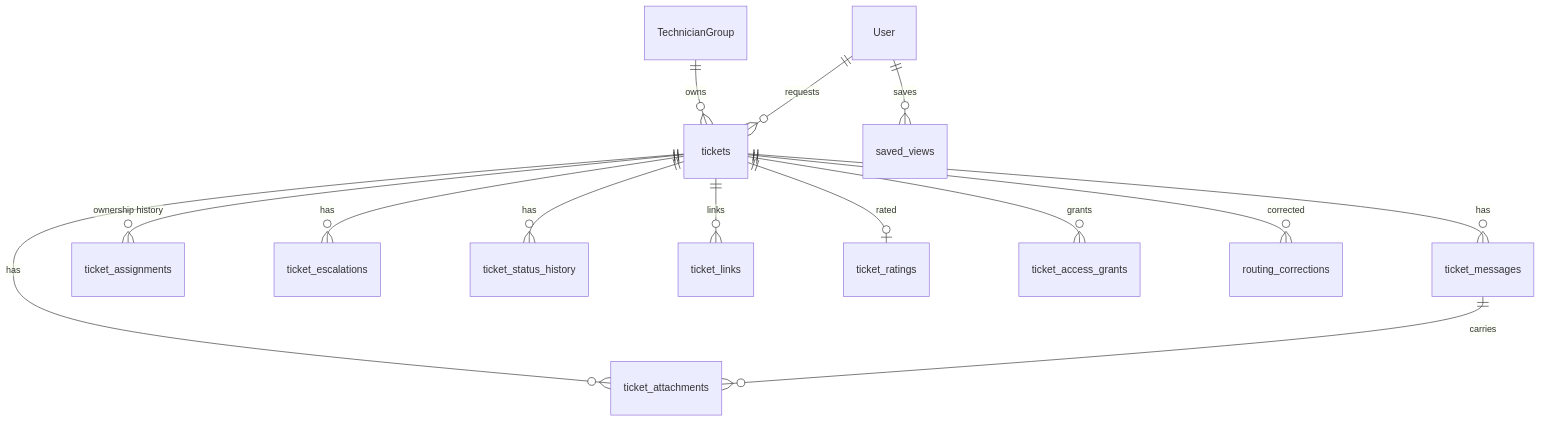
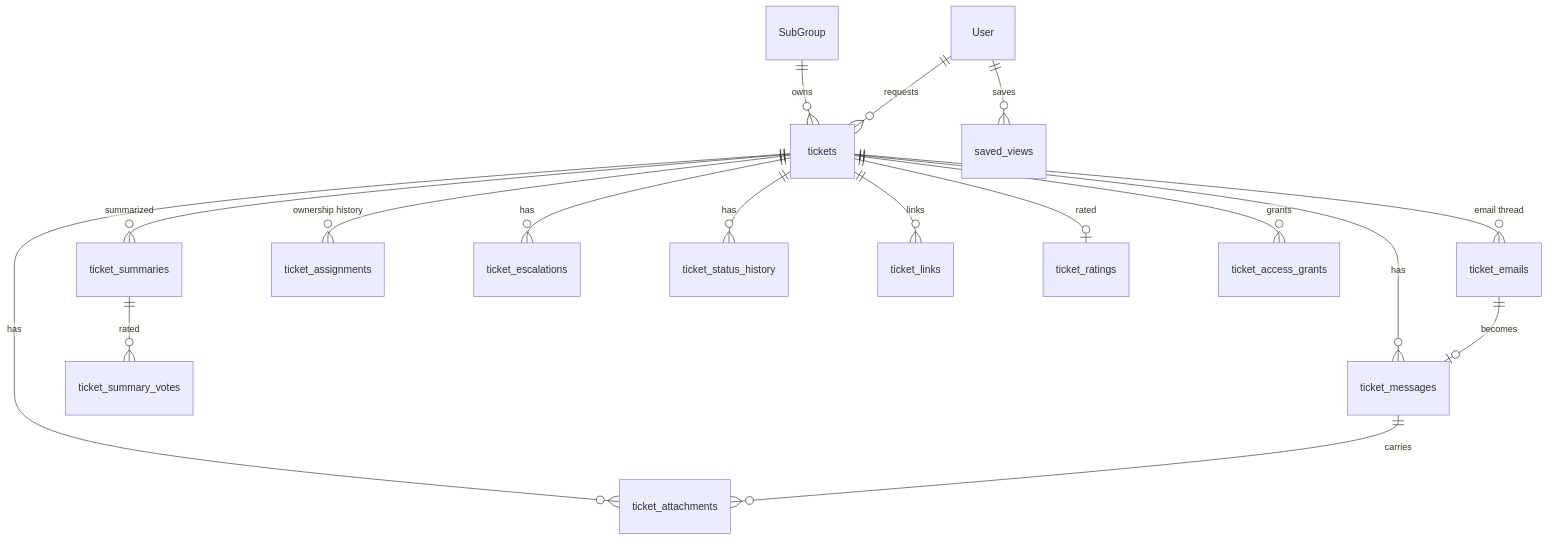
One commit to Akaza-ban/Fable changed the diagram in docs/f03-ticket-management/information-architecture/05-data-and-api.md. Above: the diagram before and after it, drawn with Mermaid. The commit also changed other lines of this file and 9 other files, not shown here.

Commit message:
docs: align with mindmap

````diff
--- a/docs/f03-ticket-management/information-architecture/05-data-and-api.md
+++ b/docs/f03-ticket-management/information-architecture/05-data-and-api.md
@@ -26,16 +30,19 @@
 ```mermaid
 erDiagram
     tickets ||--o{ ticket_messages : has
+    tickets ||--o{ ticket_emails : "email thread"
+    ticket_emails ||--o| ticket_messages : becomes
     tickets ||--o{ ticket_attachments : has
     ticket_messages ||--o{ ticket_attachments : carries
+    tickets ||--o{ ticket_summaries : summarized
+    ticket_summaries ||--o{ ticket_summary_votes : rated
     tickets ||--o{ ticket_assignments : "ownership history"
     tickets ||--o{ ticket_escalations : has
     tickets ||--o{ ticket_status_history : has
     tickets ||--o{ ticket_links : links
     tickets ||--o| ticket_ratings : rated
     tickets ||--o{ ticket_access_grants : grants
-    tickets ||--o{ routing_corrections : corrected
-    TechnicianGroup ||--o{ tickets : owns
+    SubGroup ||--o{ tickets : owns
     User ||--o{ tickets : requests
     User ||--o{ saved_views : saves
 ```
````
